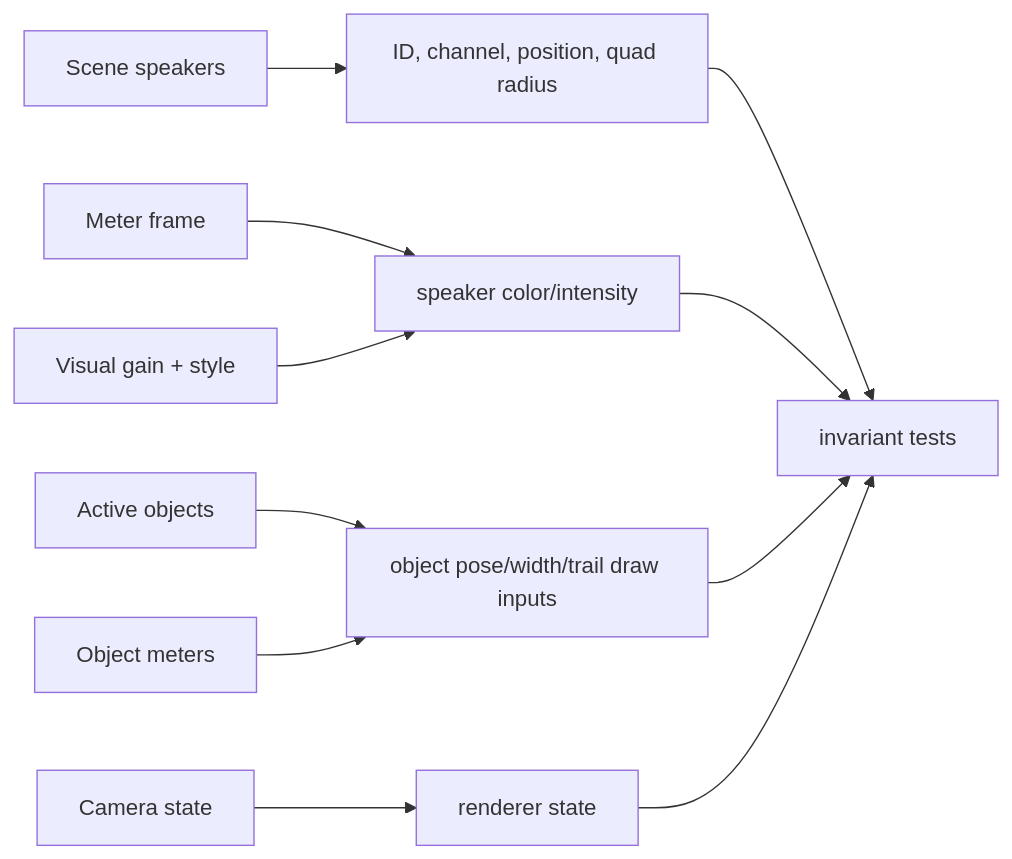
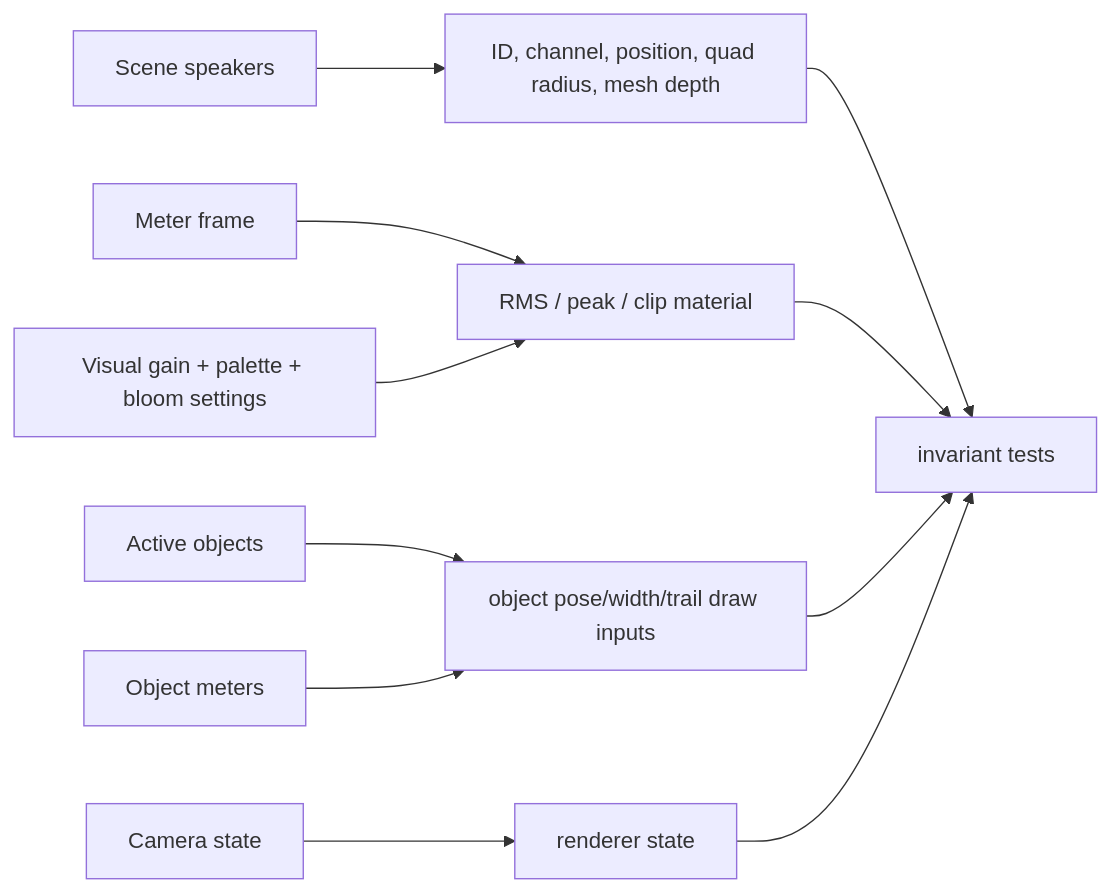
One commit to jebagu/orbital-view changed the ninth of 15 diagrams in docs/system-flows.md. Above: the diagram before and after it, drawn with Mermaid. The commit also changed other lines of this file and 37 other files, not shown here.

````diff
--- a/docs/system-flows.md
+++ b/docs/system-flows.md
@@ -76,13 +132,13 @@
 ```mermaid
 flowchart LR
-  Scene["Scene speakers"] --> StaticInputs["ID, channel, position, quad radius"]
-  Meter["Meter frame"] --> ColorInputs["speaker color/intensity"]
-  Settings["Visual gain + style"] --> ColorInputs
+  Scene["Scene speakers"] --> StaticInputs["ID, channel, position, quad radius, mesh depth"]
+  Meter["Meter frame"] --> MaterialInputs["RMS / peak / clip material"]
+  Settings["Visual gain + palette + bloom settings"] --> MaterialInputs
   Objects["Active objects"] --> ObjectInputs["object pose/width/trail draw inputs"]
   ObjectMeter["Object meters"] --> ObjectInputs
   Camera["Camera state"] --> State["renderer state"]
   StaticInputs --> Tests["invariant tests"]
-  ColorInputs --> Tests
+  MaterialInputs --> Tests
   ObjectInputs --> Tests
   State --> Tests
 ```
````
